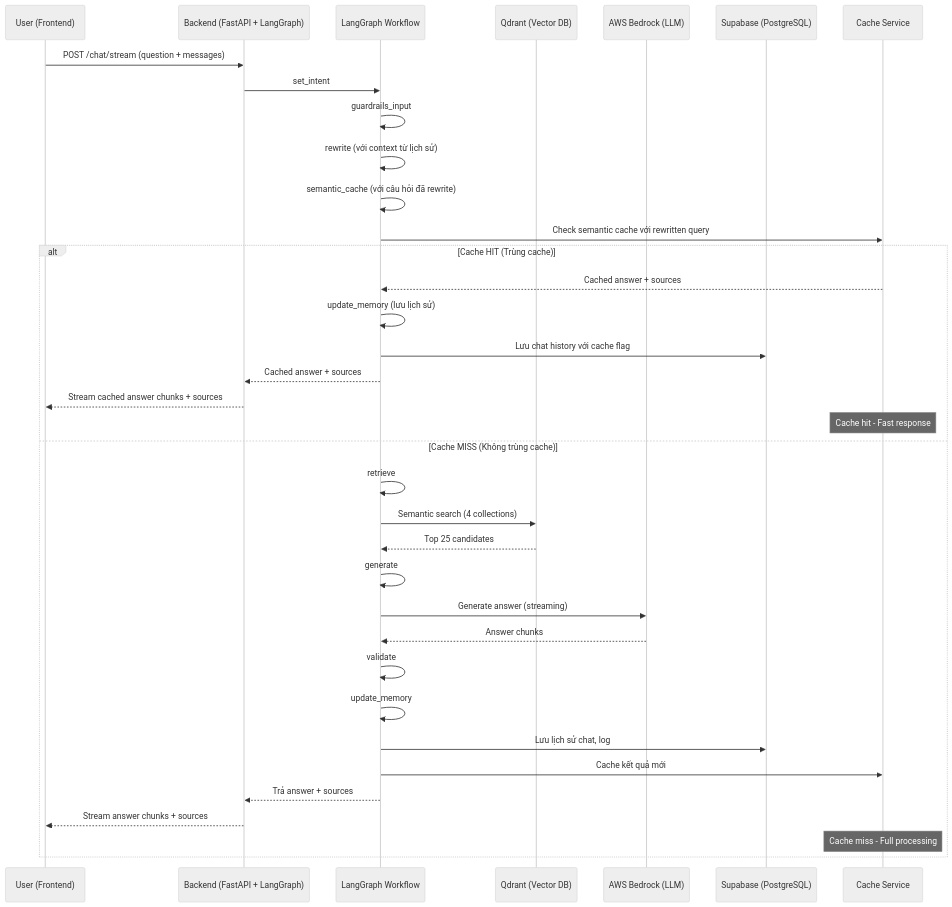
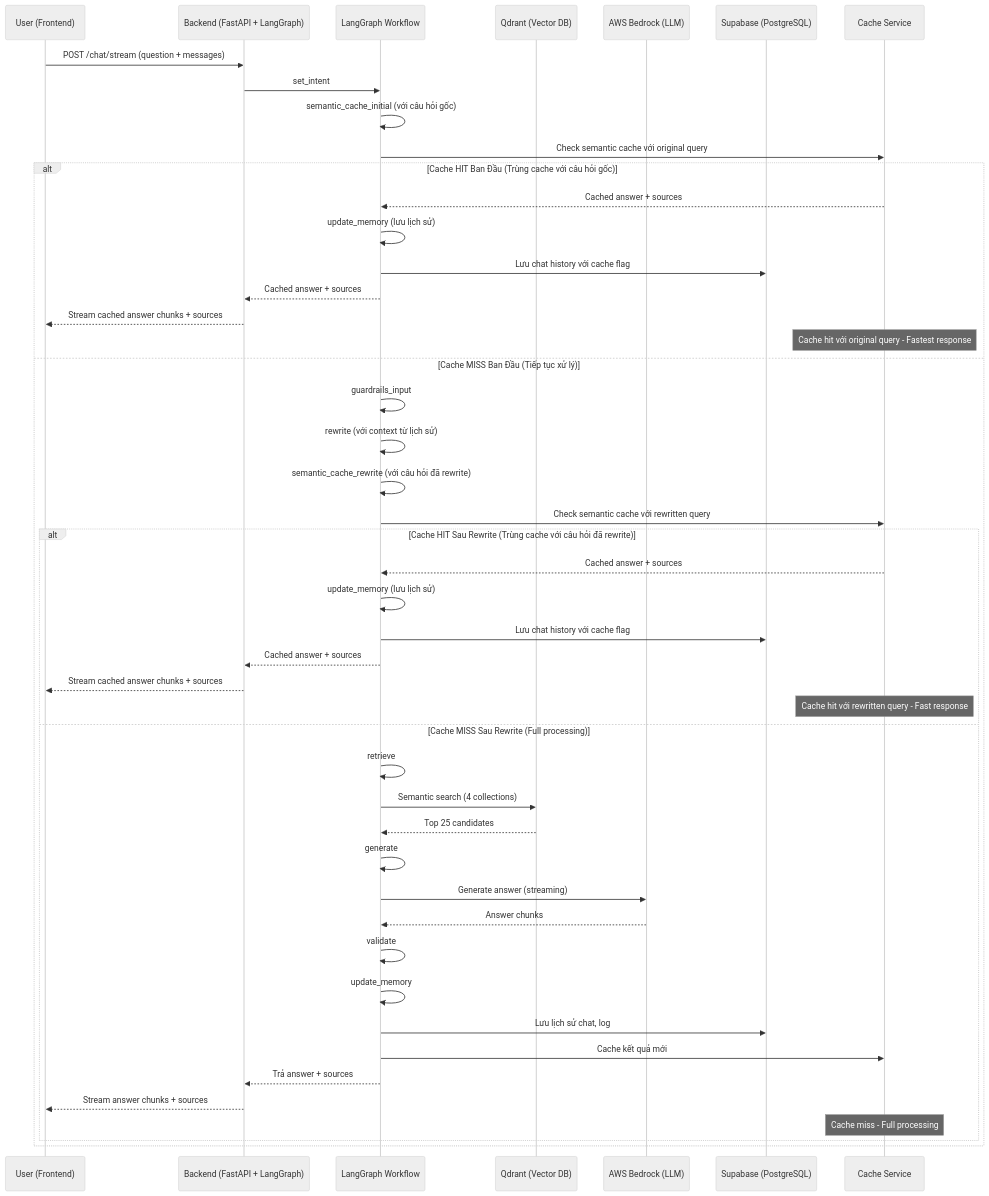
The second of 2 diagrams in docs/Workflow.md (tuananhne1110/Cutru_chatbot), drawn with Mermaid (neutral theme) before and after one commit. The commit also changed other lines of this file, not shown here.

````diff
--- a/docs/Workflow.md
+++ b/docs/Workflow.md
@@ -70,41 +89,54 @@
 ```mermaid
 sequenceDiagram
     participant U as User (Frontend)
     participant B as Backend (FastAPI + LangGraph)
     participant L as LangGraph Workflow
     participant Q as Qdrant (Vector DB)
     participant LLM as AWS Bedrock (LLM)
     participant S as Supabase (PostgreSQL)
     participant C as Cache Service
     
     U->>B: POST /chat/stream (question + messages)
     B->>L: set_intent
-    L->>L: guardrails_input
-    L->>L: rewrite (với context từ lịch sử)
-    L->>L: semantic_cache (với câu hỏi đã rewrite)
-    L->>C: Check semantic cache với rewritten query
+    L->>L: semantic_cache_initial (với câu hỏi gốc)
+    L->>C: Check semantic cache với original query
     
-    alt Cache HIT (Trùng cache)
+    alt Cache HIT Ban Đầu (Trùng cache với câu hỏi gốc)
         C-->>L: Cached answer + sources
         L->>L: update_memory (lưu lịch sử)
         L->>S: Lưu chat history với cache flag
         L-->>B: Cached answer + sources
         B-->>U: Stream cached answer chunks + sources
-        Note over C: Cache hit - Fast response
+        Note over C: Cache hit với original query - Fastest response
         
-    else Cache MISS (Không trùng cache)
-        L->>L: retrieve
-        L->>Q: Semantic search (4 collections)
-        Q-->>L: Top 25 candidates
-        L->>L: generate
-        L->>LLM: Generate answer (streaming)
-        LLM-->>L: Answer chunks
-        L->>L: validate
-        L->>L: update_memory
-        L->>S: Lưu lịch sử chat, log
-        L->>C: Cache kết quả mới
-        L-->>B: Trả answer + sources
-        B-->>U: Stream answer chunks + sources
-        Note over C: Cache miss - Full processing
+    else Cache MISS Ban Đầu (Tiếp tục xử lý)
+        L->>L: guardrails_input
+        L->>L: rewrite (với context từ lịch sử)
+        L->>L: semantic_cache_rewrite (với câu hỏi đã rewrite)
+        L->>C: Check semantic cache với rewritten query
+        
+        alt Cache HIT Sau Rewrite (Trùng cache với câu hỏi đã rewrite)
+            C-->>L: Cached answer + sources
+            L->>L: update_memory (lưu lịch sử)
+            L->>S: Lưu chat history với cache flag
+            L-->>B: Cached answer + sources
+            B-->>U: Stream cached answer chunks + sources
+            Note over C: Cache hit với rewritten query - Fast response
+            
+        else Cache MISS Sau Rewrite (Full processing)
+            L->>L: retrieve
+            L->>Q: Semantic search (4 collections)
+            Q-->>L: Top 25 candidates
+            L->>L: generate
+            L->>LLM: Generate answer (streaming)
+            LLM-->>L: Answer chunks
+            L->>L: validate
+            L->>L: update_memory
+            L->>S: Lưu lịch sử chat, log
+            L->>C: Cache kết quả mới
+            L-->>B: Trả answer + sources
+            B-->>U: Stream answer chunks + sources
+            Note over C: Cache miss - Full processing
+        end
     end
 ```
````
